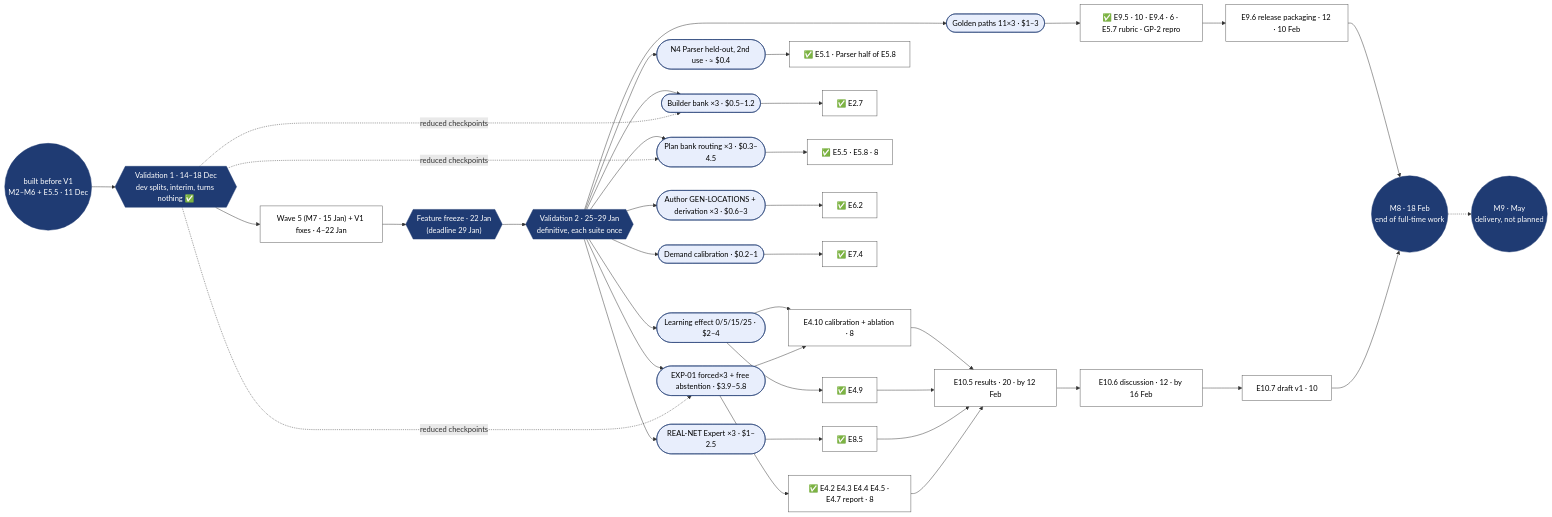
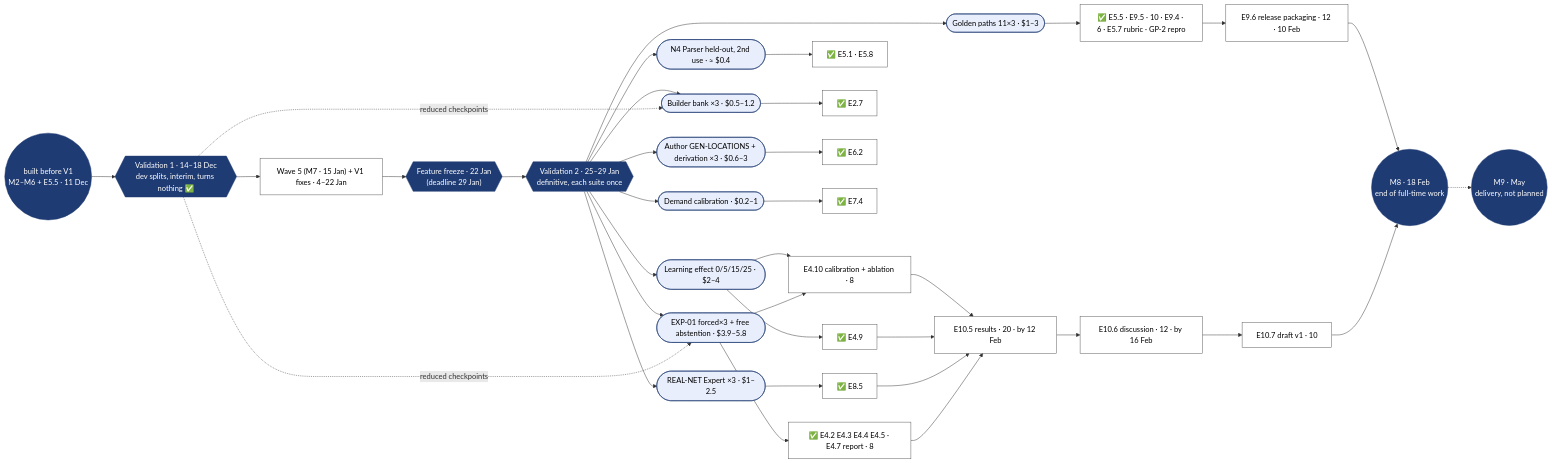
The second of 2 diagrams in docs/tfm-work-plan.md (ferranUPC/resto), drawn with Mermaid before and after one commit. The commit also changed other lines of this file and 2 other files, not shown here.

First line of the commit message:
r13 ticket 02: work plan, budget and docs follow ADR-0039

````diff
--- a/docs/tfm-work-plan.md
+++ b/docs/tfm-work-plan.md
@@ -476,43 +485,41 @@
 ```mermaid
 flowchart LR
   classDef pass fill:#1f3b73,stroke:#1f3b73,color:#fff
   classDef suite fill:#e8eefc,stroke:#1f3b73,color:#000
   classDef task fill:#fff,stroke:#555,color:#000
 
   BUILT(("built before V1<br/>M2–M6 + E5.5 · 11 Dec")):::pass
   V1{{"Validation 1 · 14–18 Dec<br/>dev splits, interim, turns nothing ✅"}}:::pass
   BUF["Wave 5 (M7 · 15 Jan) + V1 fixes · 4–22 Jan"]:::task
   FRZ{{"Feature freeze · 22 Jan<br/>(deadline 29 Jan)"}}:::pass
   V2{{"Validation 2 · 25–29 Jan<br/>definitive, each suite once"}}:::pass
 
   S1(["EXP-01 forced×3 + free abstention · $3.9–5.8"]):::suite
   S2(["N4 Parser held-out, 2nd use · ≈ $0.4"]):::suite
   S3(["Builder bank ×3 · $0.5–1.2"]):::suite
-  S4(["Plan bank routing ×3 · $0.3–4.5"]):::suite
   S5(["Author GEN-LOCATIONS + derivation ×3 · $0.6–3"]):::suite
   S6(["Demand calibration · $0.2–1"]):::suite
   S7(["REAL-NET Expert ×3 · $1–2.5"]):::suite
   S8(["Learning effect 0/5/15/25 · $2–4"]):::suite
   S9(["Golden paths 11×3 · $1–3"]):::suite
 
   BUILT --> V1 --> BUF --> FRZ --> V2
-  V1 -.->|"reduced checkpoints"| S1 & S3 & S4
-  V2 --> S1 & S2 & S3 & S4 & S5 & S6 & S7 & S8 & S9
+  V1 -.->|"reduced checkpoints"| S1 & S3
+  V2 --> S1 & S2 & S3 & S5 & S6 & S7 & S8 & S9
 
   S1 --> T1["✅ E4.2 E4.3 E4.4 E4.5 · E4.7 report · 8"]:::task
-  S2 --> T2["✅ E5.1 · Parser half of E5.8"]:::task
+  S2 --> T2["✅ E5.1 · E5.8"]:::task
   S3 --> T3["✅ E2.7"]:::task
-  S4 --> T4["✅ E5.5 · E5.8 · 8"]:::task
   S5 --> T5["✅ E6.2"]:::task
   S6 --> T6["✅ E7.4"]:::task
   S7 --> T7["✅ E8.5"]:::task
   S8 --> T8["✅ E4.9"]:::task
-  S9 --> T9["✅ E9.5 · 10 · E9.4 · 6 · E5.7 rubric · GP-2 repro"]:::task
+  S9 --> T9["✅ E5.5 · E9.5 · 10 · E9.4 · 6 · E5.7 rubric · GP-2 repro"]:::task
 
   S1 & S8 --> E410["E4.10 calibration + ablation · 8"]:::task
   T1 & T7 & T8 & E410 --> E105["E10.5 results · 20 · by 12 Feb"]:::task
   E105 --> E106["E10.6 discussion · 12 · by 16 Feb"]:::task --> E107["E10.7 draft v1 · 10"]:::task
   T9 --> E96["E9.6 release packaging · 12 · 10 Feb"]:::task
   E107 & E96 --> M8(("M8 · 18 Feb<br/>end of full-time work")):::pass
   M8 -.-> M9(("M9 · May<br/>delivery, not planned")):::pass
 ```
````
